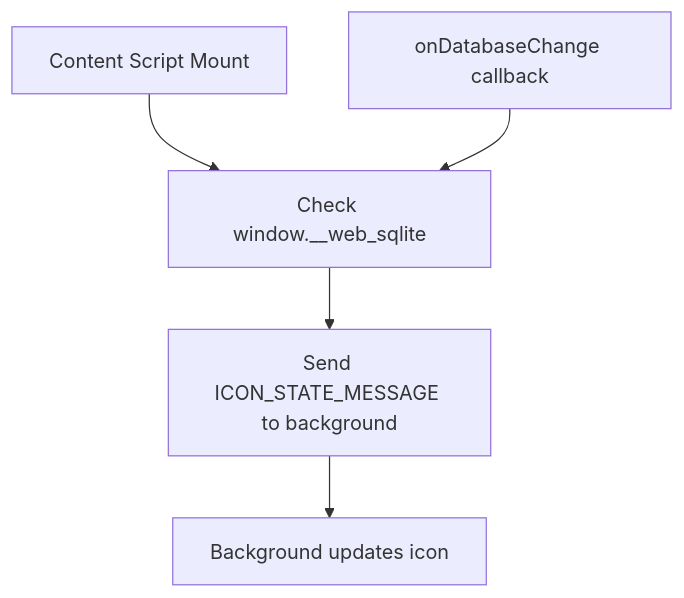
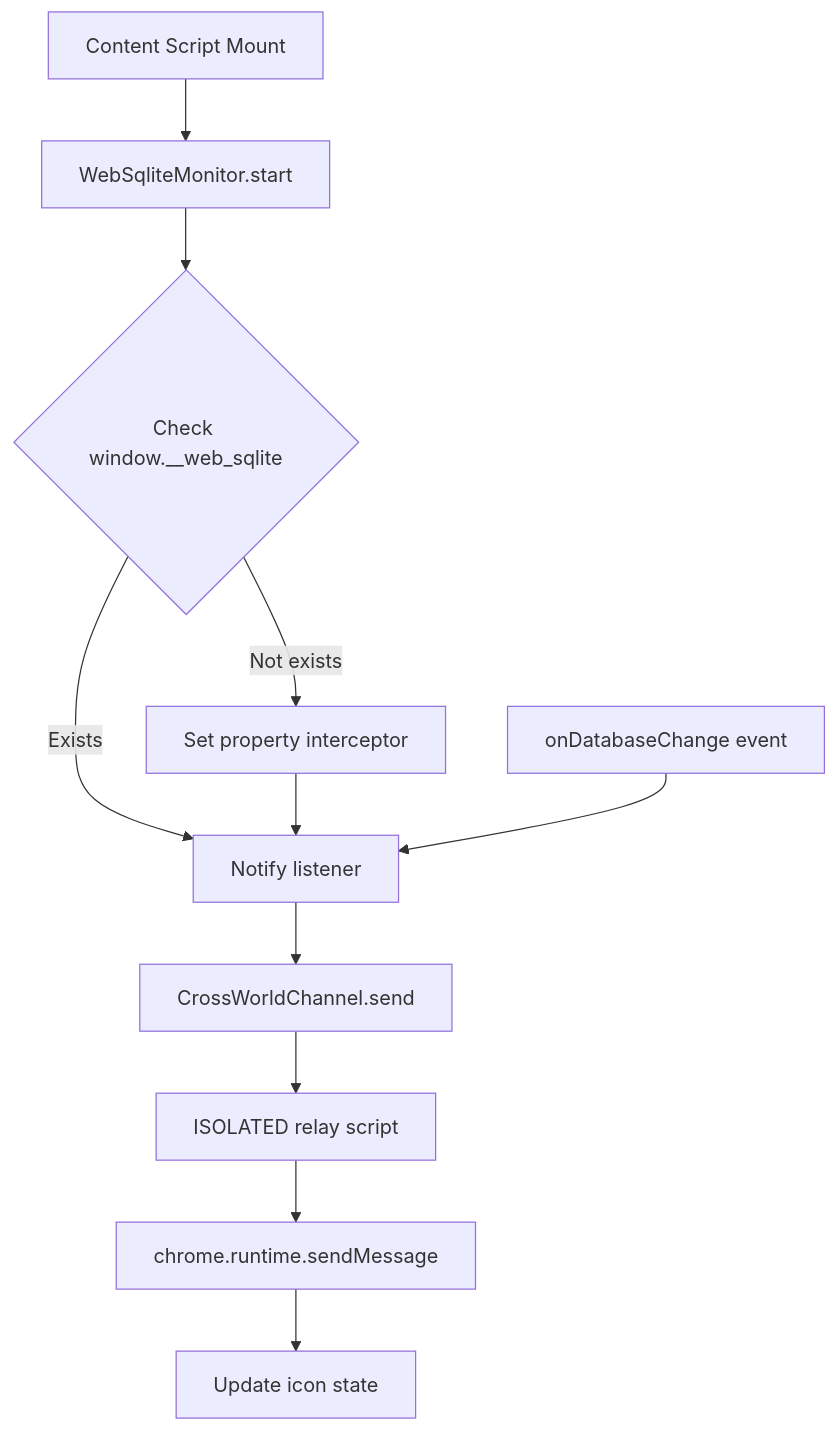
One commit to wuchuheng/web-sqlite-js-devtools changed the diagram in agent-docs/05-design/03-modules/content-script-proxy.md. Above: the diagram before and after it, drawn with Mermaid. The commit also changed other lines of this file and 18 other files, not shown here.

````diff
--- a/agent-docs/05-design/03-modules/content-script-proxy.md
+++ b/agent-docs/05-design/03-modules/content-script-proxy.md
@@ -41,7 +57,14 @@
 ```mermaid
 flowchart TD
-    M[Content Script Mount] --> C[Check window.__web_sqlite]
-    C --> S[Send ICON_STATE_MESSAGE to background]
-    S --> I[Background updates icon]
-    D[onDatabaseChange callback] --> C
+    M[Content Script Mount] --> WM[WebSqliteMonitor.start]
+    WM --> Check{Check window.__web_sqlite}
+    Check -->|Exists| Notify[Notify listener]
+    Check -->|Not exists| Watch[Set property interceptor]
+    Watch --> Notify
+    Notify --> Channel[CrossWorldChannel.send]
+    Channel --> Relay[ISOLATED relay script]
+    Relay --> BG[chrome.runtime.sendMessage]
+    BG --> Icon[Update icon state]
+
+    Change[onDatabaseChange event] --> Notify
 ```
````
